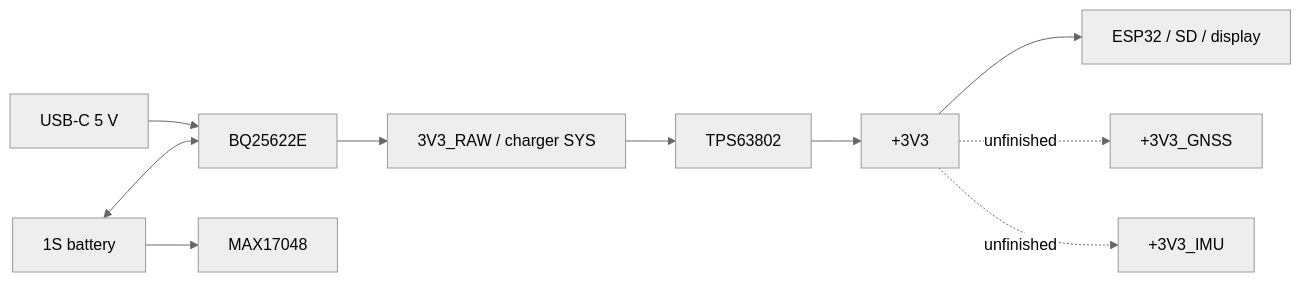
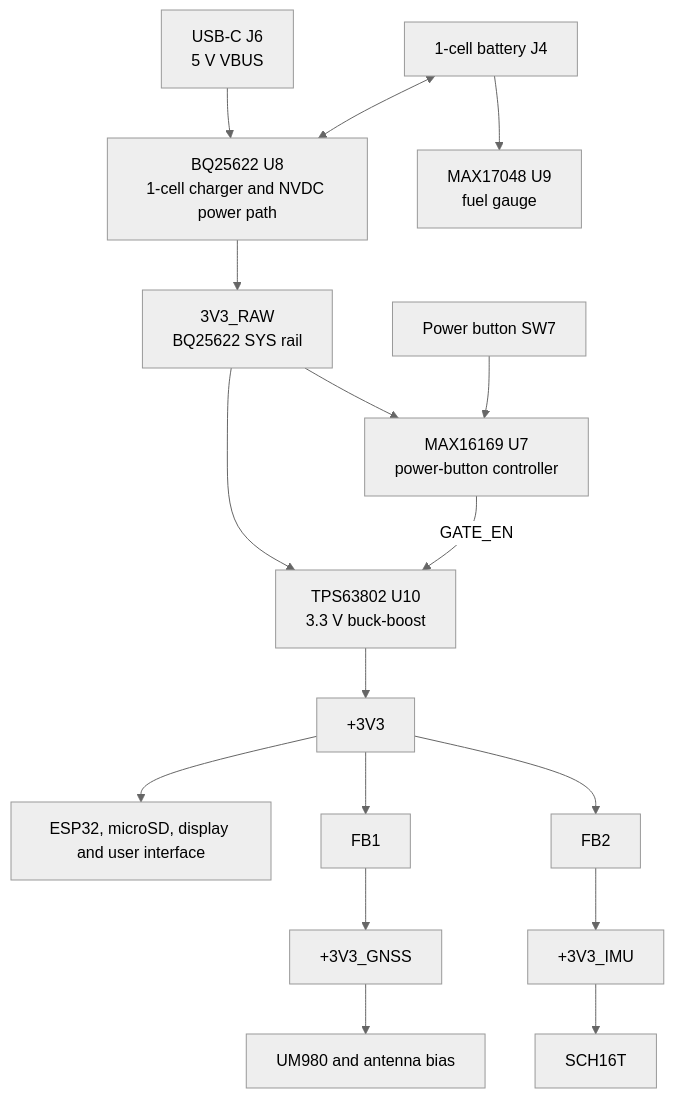
The second of 2 diagrams in v2_mini_design.md (teehee567/Aevia), drawn with Mermaid (neutral theme) before and after one commit. The commit also changed other lines of this file, not shown here.

````diff
--- a/v2_mini_design.md
+++ b/v2_mini_design.md
@@ -33,12 +37,17 @@
 ```mermaid
-flowchart LR
-    USB[USB-C 5 V] --> CHG[BQ25622E]
-    BAT[1S battery] <--> CHG
-    BAT --> FG[MAX17048]
-    CHG --> RAW[3V3_RAW / charger SYS]
-    RAW --> REG[TPS63802]
-    REG --> V33[+3V3]
-    V33 --> MCU[ESP32 / SD / display]
-    V33 -. unfinished .-> GNSS[+3V3_GNSS]
-    V33 -. unfinished .-> IMU[+3V3_IMU]
+flowchart TD
+    USB["USB-C J6<br/>5 V VBUS"] --> CHG["BQ25622 U8<br/>1-cell charger and NVDC power path"]
+    BAT["1-cell battery J4"] <--> CHG
+    BAT --> GAUGE["MAX17048 U9<br/>fuel gauge"]
+    CHG --> RAW["3V3_RAW<br/>BQ25622 SYS rail"]
+
+    RAW --> CTRL["MAX16169 U7<br/>power-button controller"]
+    BUTTON["Power button SW7"] --> CTRL
+    RAW --> REG["TPS63802 U10<br/>3.3 V buck-boost"]
+    CTRL -->|"GATE_EN"| REG
+
+    REG --> V33["+3V3"]
+    V33 --> CORE["ESP32, microSD, display and user interface"]
+    V33 --> FB1["FB1"] --> VGNSS["+3V3_GNSS"] --> GNSS["UM980 and antenna bias"]
+    V33 --> FB2["FB2"] --> VIMU["+3V3_IMU"] --> IMU["SCH16T"]
 ```
````
